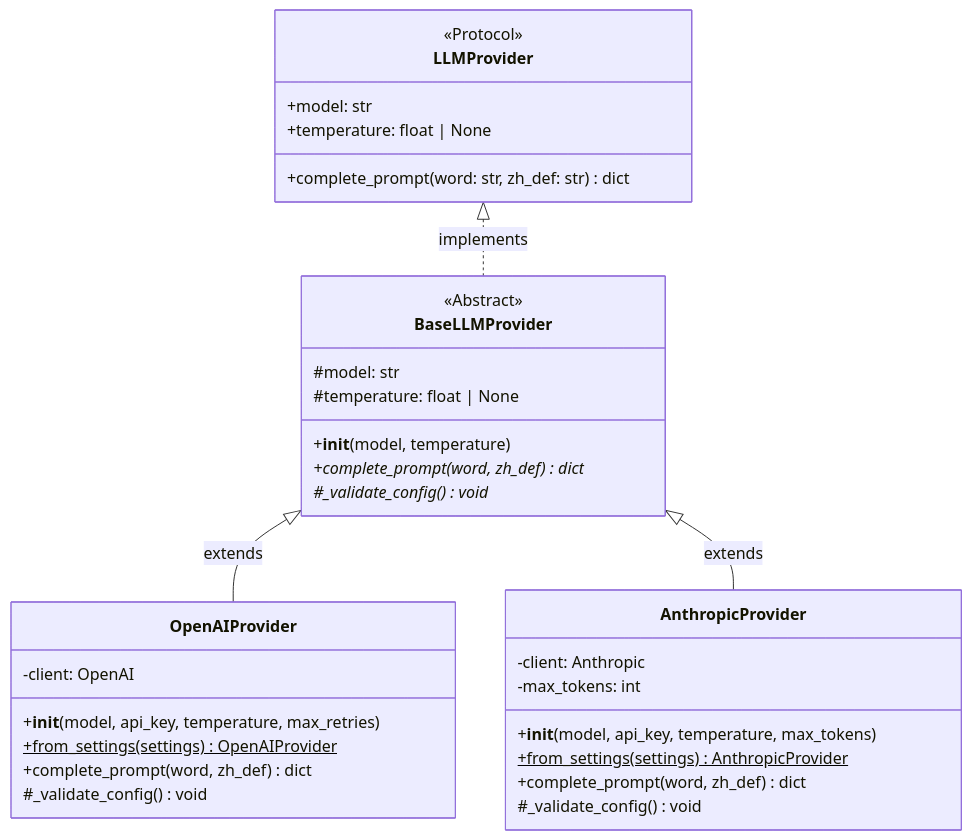
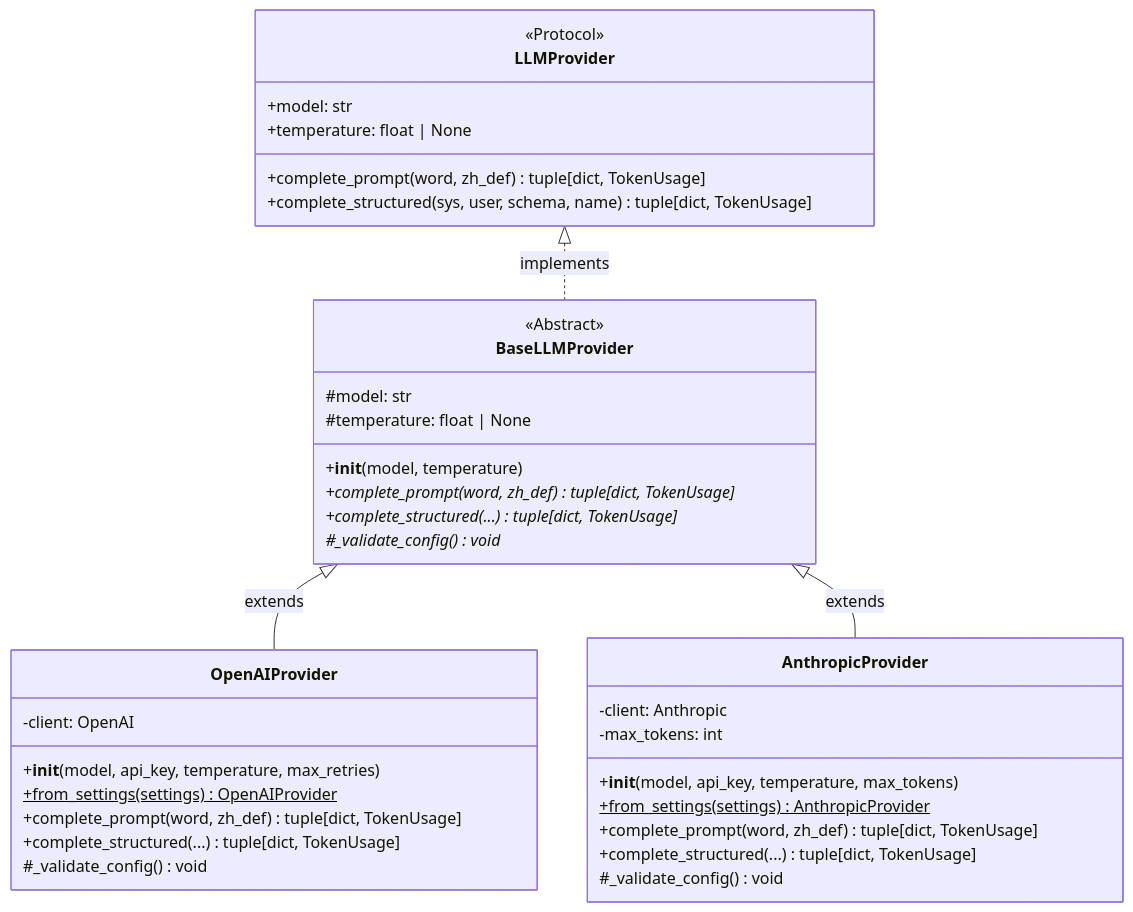
Before and after one commit to C1M0N/Memosyne: the fourth of 11 diagrams in ARCHITECTURE.md, drawn with Mermaid. The commit also changed other lines of this file and 32 other files, not shown here.

````diff
--- a/ARCHITECTURE.md
+++ b/ARCHITECTURE.md
@@ -183,39 +192,43 @@
 ```mermaid
 classDiagram
     class LLMProvider {
         <<Protocol>>
         +model: str
         +temperature: float | None
-        +complete_prompt(word: str, zh_def: str) dict
+        +complete_prompt(word, zh_def) tuple[dict, TokenUsage]
+        +complete_structured(sys, user, schema, name) tuple[dict, TokenUsage]
     }
 
     class BaseLLMProvider {
         <<Abstract>>
         #model: str
         #temperature: float | None
         +__init__(model, temperature)
-        +complete_prompt(word, zh_def)* dict
+        +complete_prompt(word, zh_def)* tuple[dict, TokenUsage]
+        +complete_structured(...)* tuple[dict, TokenUsage]
         #_validate_config()* void
     }
 
     class OpenAIProvider {
         -client: OpenAI
         +__init__(model, api_key, temperature, max_retries)
         +from_settings(settings)$ OpenAIProvider
-        +complete_prompt(word, zh_def) dict
+        +complete_prompt(word, zh_def) tuple[dict, TokenUsage]
+        +complete_structured(...) tuple[dict, TokenUsage]
         #_validate_config() void
     }
 
     class AnthropicProvider {
         -client: Anthropic
         -max_tokens: int
         +__init__(model, api_key, temperature, max_tokens)
         +from_settings(settings)$ AnthropicProvider
-        +complete_prompt(word, zh_def) dict
+        +complete_prompt(word, zh_def) tuple[dict, TokenUsage]
+        +complete_structured(...) tuple[dict, TokenUsage]
         #_validate_config() void
     }
 
     LLMProvider <|.. BaseLLMProvider : implements
     BaseLLMProvider <|-- OpenAIProvider : extends
     BaseLLMProvider <|-- AnthropicProvider : extends
 ```
````
